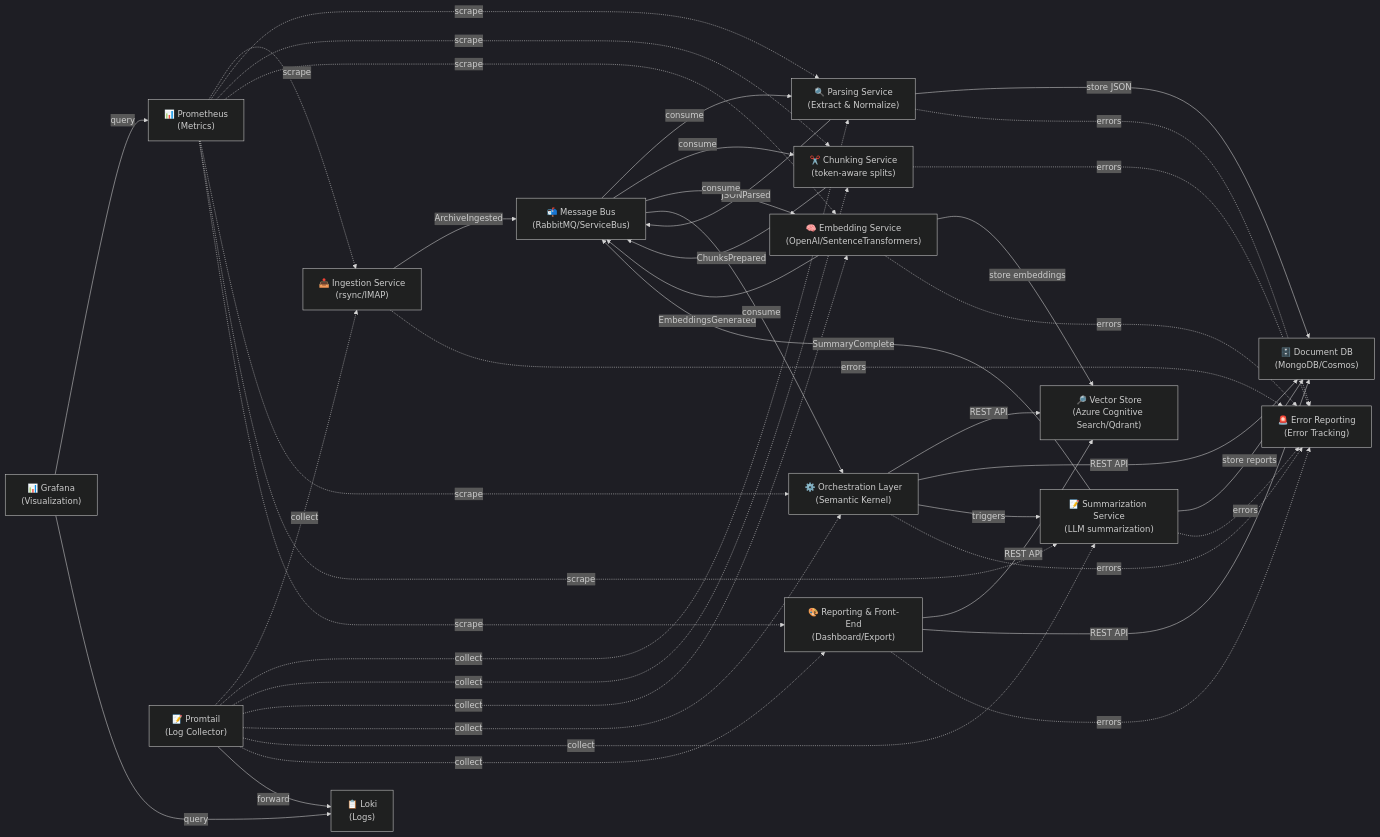
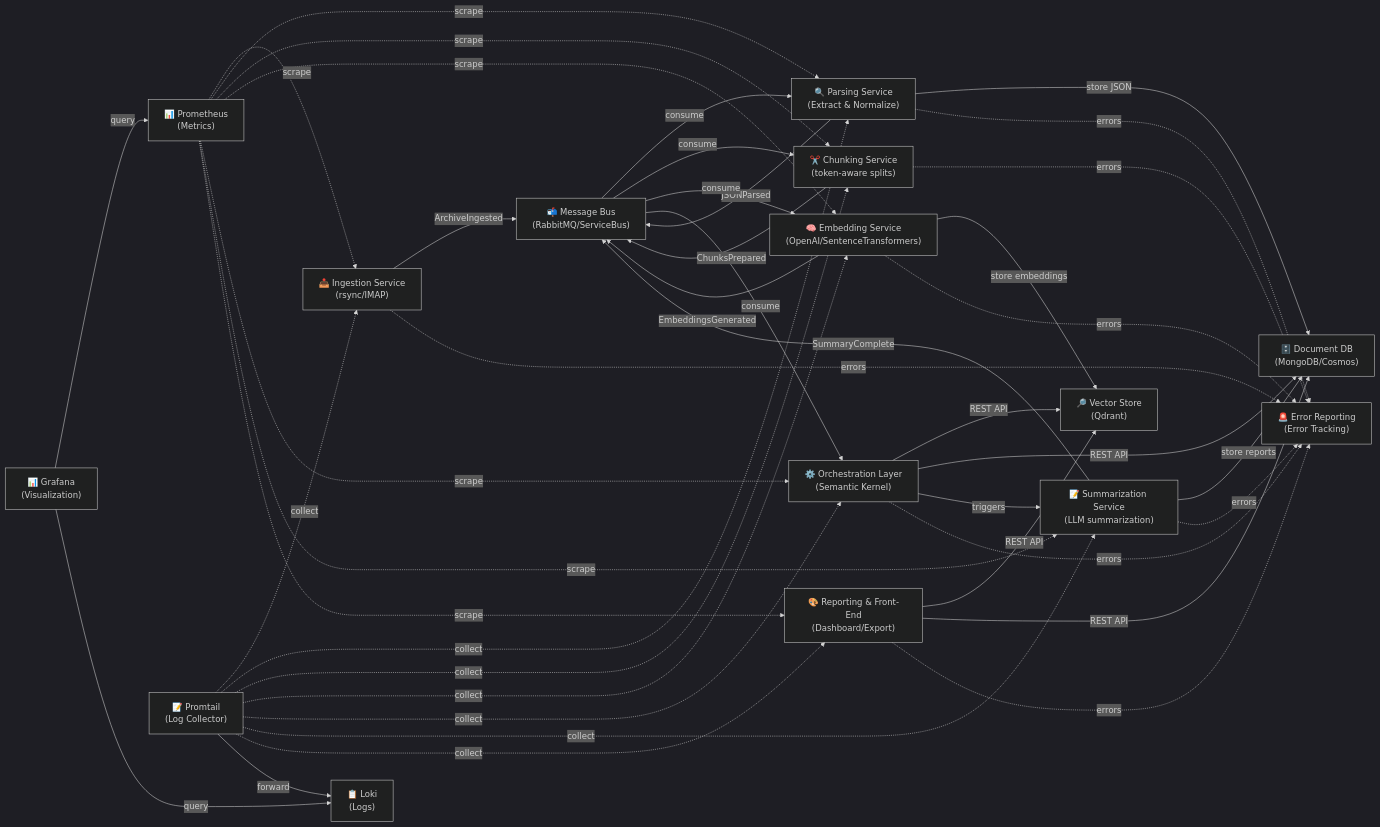
The diagram in docs/architecture/overview.md (Alan-Jowett/CoPilot-For-Consensus), drawn with Mermaid (dark theme) before and after one commit. The commit also changed other lines of this file and 1 other file, not shown here.

Commit message:
Update documentation to reflect Qdrant usage instead of Azure AI Search

````diff
--- a/docs/architecture/overview.md
+++ b/docs/architecture/overview.md
@@ -300,54 +300,54 @@
 ```mermaid
 graph LR
     A["📥 Ingestion Service<br/>(rsync/IMAP)"] -->|ArchiveIngested| MB["📬 Message Bus<br/>(RabbitMQ/ServiceBus)"]
 
     MB -->|consume| B["🔍 Parsing Service<br/>(Extract & Normalize)"]
     B -->|JSONParsed| MB
     B -->|store JSON| DB["🗄️ Document DB<br/>(MongoDB/Cosmos)"]
 
     MB -->|consume| C["✂️ Chunking Service<br/>(token-aware splits)"]
     C -->|ChunksPrepared| MB
 
     MB -->|consume| D["🧠 Embedding Service<br/>(OpenAI/SentenceTransformers)"]
     D -->|EmbeddingsGenerated| MB
-    D -->|store embeddings| VS["🔎 Vector Store<br/>(Azure Cognitive Search/Qdrant)"]
+    D -->|store embeddings| VS["🔎 Vector Store<br/>(Qdrant)"]
 
     MB -->|consume| E["⚙️ Orchestration Layer<br/>(Semantic Kernel)"]
     E -->|REST API| VS
     E -->|REST API| DB
     E -->|triggers| F["📝 Summarization Service<br/>(LLM summarization)"]
 
     F -->|SummaryComplete| MB
     F -->|store reports| DB
 
     G["🎨 Reporting & Front-End<br/>(Dashboard/Export)"] -->|REST API| VS
     G -->|REST API| DB
 
     H["📊 Prometheus<br/>(Metrics)"] -.->|scrape| A
     H -.->|scrape| B
     H -.->|scrape| C
     H -.->|scrape| D
     H -.->|scrape| E
     H -.->|scrape| F
     H -.->|scrape| G
 
     I["📊 Grafana<br/>(Visualization)"] -->|query| H
     I -->|query| J["📋 Loki<br/>(Logs)"]
 
     K["📝 Promtail<br/>(Log Collector)"] -.->|collect| A
     K -.->|collect| B
     K -.->|collect| C
     K -.->|collect| D
     K -.->|collect| E
     K -.->|collect| F
     K -.->|collect| G
     K -->|forward| J
 
     A -.->|errors| L["🚨 Error Reporting<br/>(Error Tracking)"]
     B -.->|errors| L
     C -.->|errors| L
     D -.->|errors| L
     E -.->|errors| L
     F -.->|errors| L
     G -.->|errors| L
 ```
````
